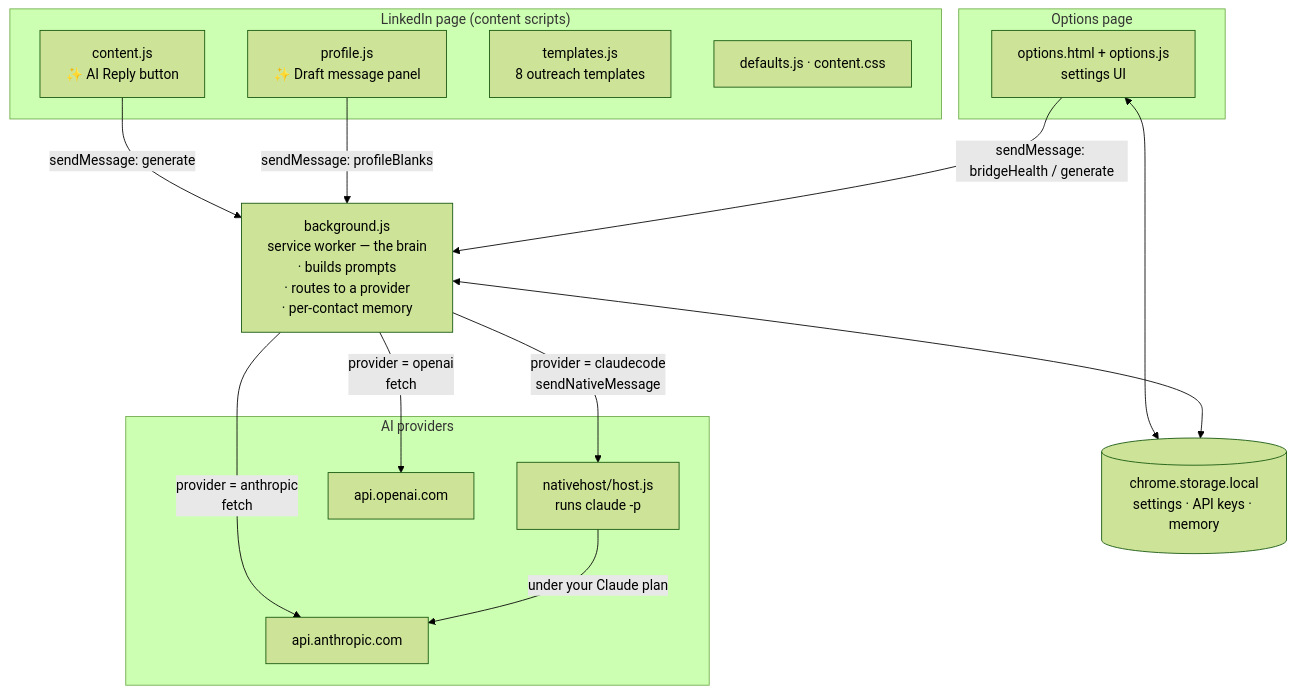
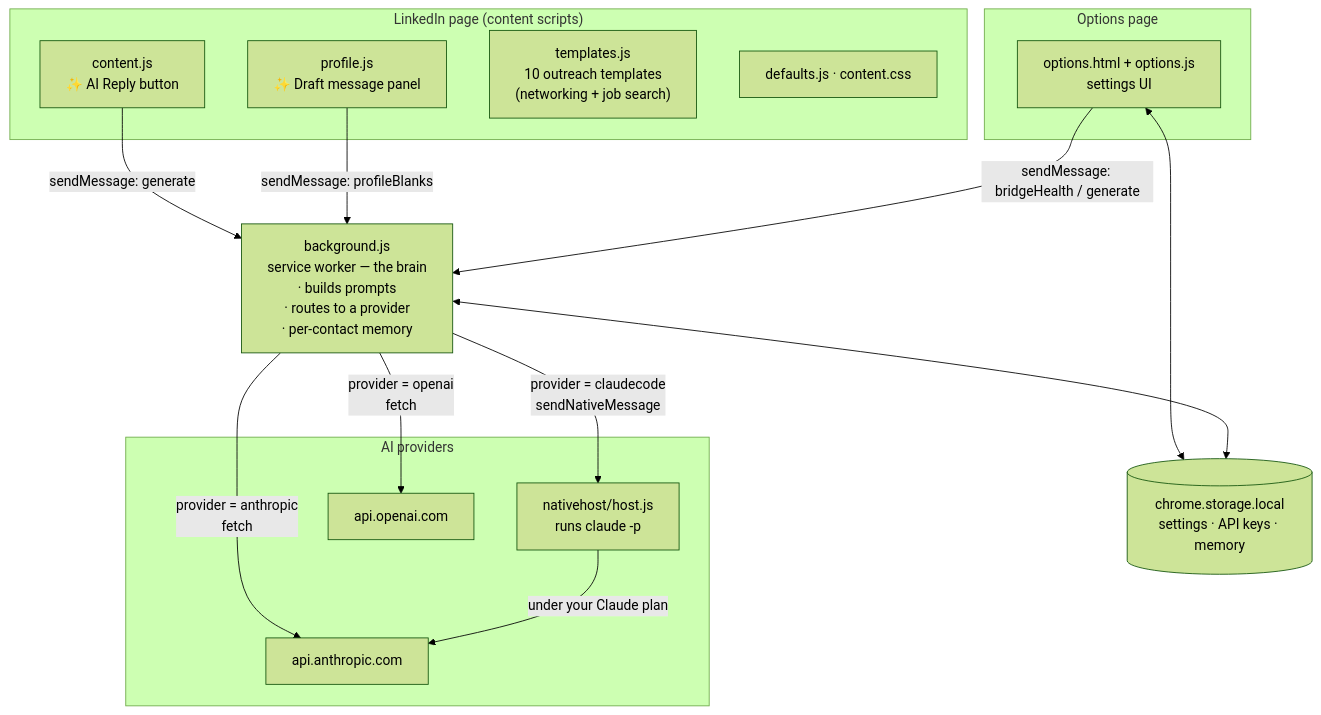
The first of 3 diagrams in README.md (bhargavirengarajan21/linkedin-AI-reply), drawn with Mermaid (forest theme) before and after one commit. The commit also changed other lines of this file and 19 other files, not shown here.

````diff
--- a/README.md
+++ b/README.md
@@ -25,33 +25,33 @@
 ```mermaid
 flowchart TD
     subgraph page["LinkedIn page (content scripts)"]
         C["content.js<br/>✨ AI Reply button"]
         P["profile.js<br/>✨ Draft message panel"]
-        T["templates.js<br/>8 outreach templates"]
+        T["templates.js<br/>10 outreach templates<br/>(networking + job search)"]
         D1["defaults.js · content.css"]
     end
 
     subgraph opt["Options page"]
         O["options.html + options.js<br/>settings UI"]
     end
 
     BG["background.js<br/>service worker — the brain<br/>· builds prompts<br/>· routes to a provider<br/>· per-contact memory"]
 
     ST[("chrome.storage.local<br/>settings · API keys · memory")]
 
     subgraph providers["AI providers"]
         NH["nativehost/host.js<br/>runs claude -p"]
         AN["api.anthropic.com"]
         OA["api.openai.com"]
     end
 
     C -- "sendMessage: generate" --> BG
     P -- "sendMessage: profileBlanks" --> BG
     O -- "sendMessage: bridgeHealth / generate" --> BG
     O <--> ST
     BG <--> ST
     BG -- "provider = claudecode<br/>sendNativeMessage" --> NH
     BG -- "provider = anthropic<br/>fetch" --> AN
     BG -- "provider = openai<br/>fetch" --> OA
     NH -- "under your Claude plan" --> AN
 ```
````
